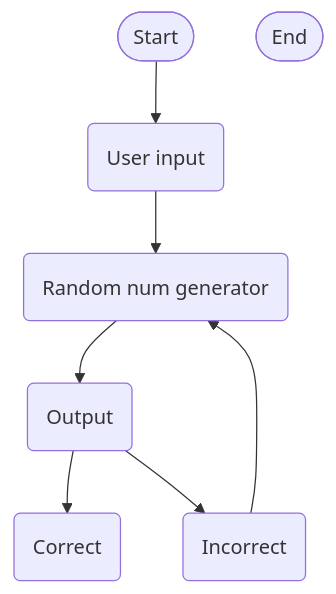
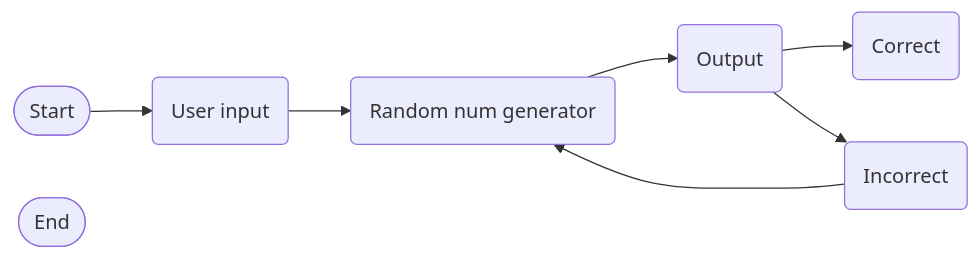
The diagram in Guessing.md (KAM-DEbug/KAM-DEbug.github.io), drawn with Mermaid before and after one commit.

````diff
--- a/Guessing.md
+++ b/Guessing.md
@@ -1,9 +1,9 @@
 ```mermaid
-flowchart TD
+flowchart LR
  Start([Start]) --> U(User input)
  U -->R(Random num generator)
  R -->O(Output)
  O -->C(Correct) & I(Incorrect)
  I -->R
  End([End])
 ```
````
